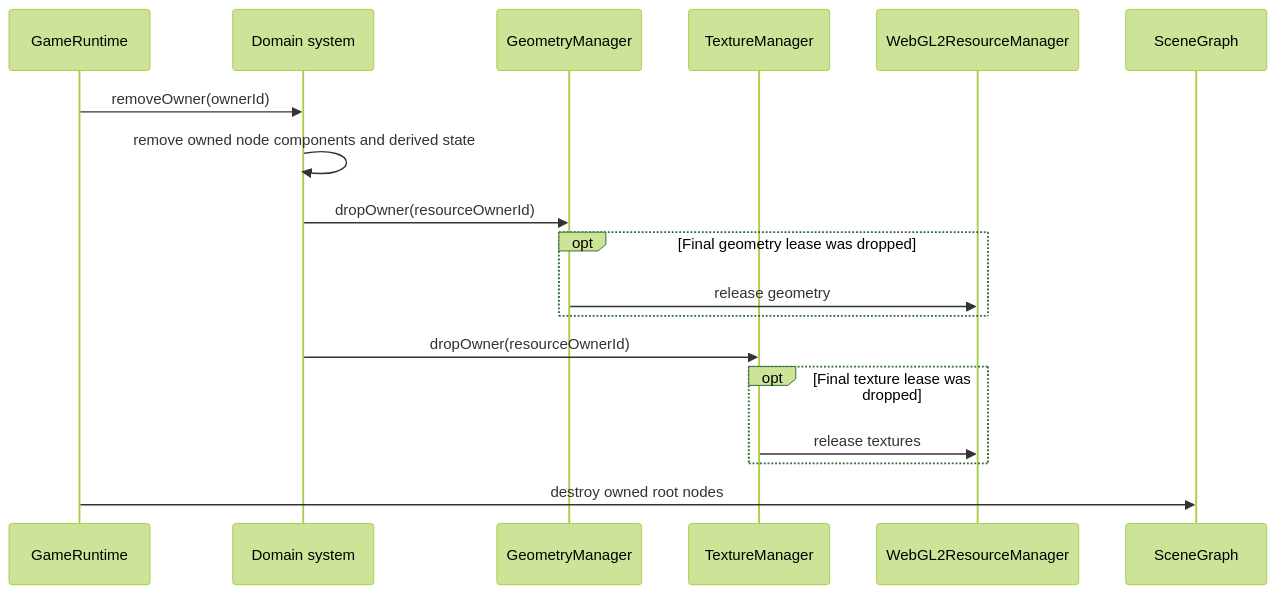
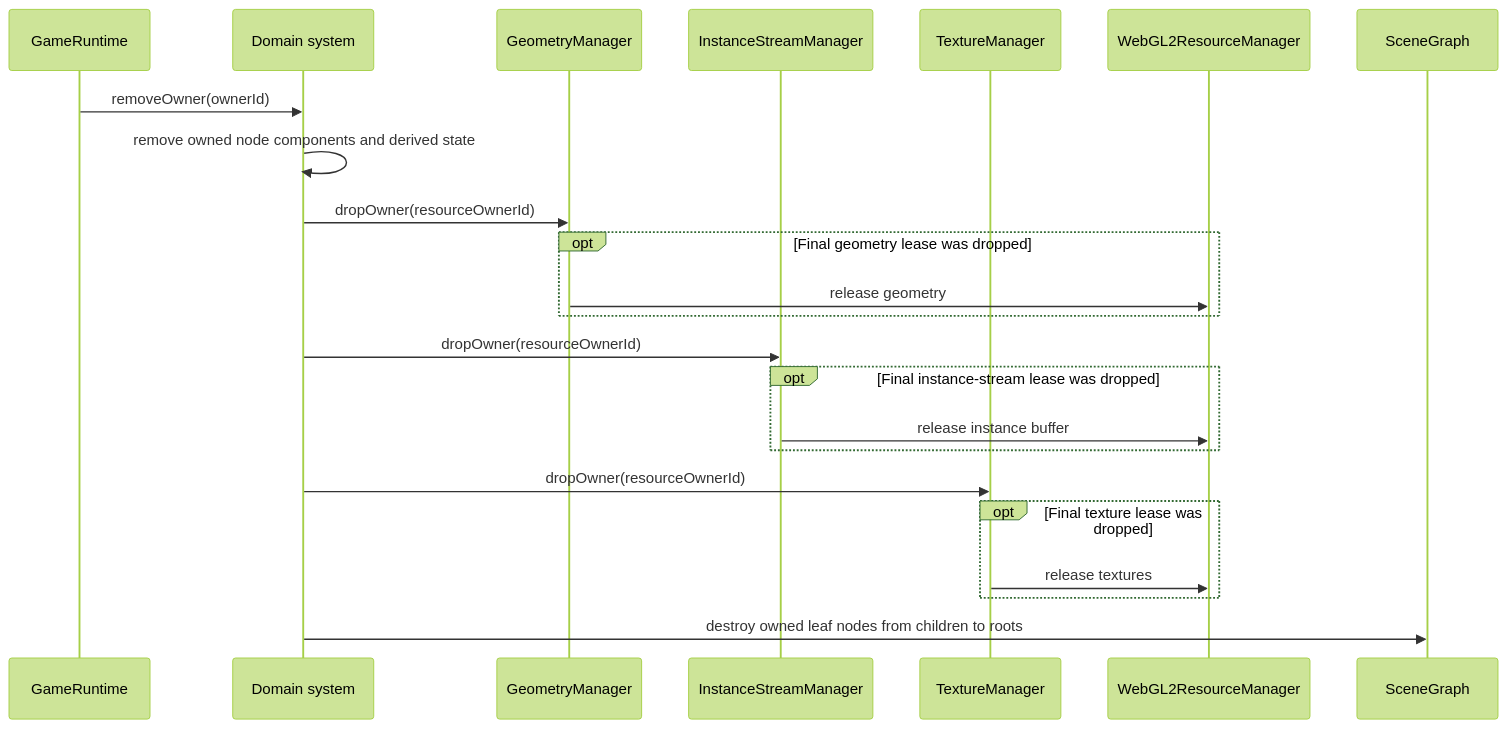
Before and after one commit to merklejerk/holtburger: the eighth of 8 diagrams in docs/plans/holtburger-3d-render-systems-ecs-pivot-scoping.md, drawn with Mermaid (forest theme). The commit also changed other lines of this file, not shown here.

````diff
--- a/docs/plans/holtburger-3d-render-systems-ecs-pivot-scoping.md
+++ b/docs/plans/holtburger-3d-render-systems-ecs-pivot-scoping.md
@@ -370,21 +805,26 @@
 ```mermaid
 sequenceDiagram
     participant Runtime as GameRuntime
     participant System as Domain system
     participant Geometry as GeometryManager
+    participant Instances as InstanceStreamManager
     participant Textures as TextureManager
     participant Backend as WebGL2ResourceManager
     participant Scene as SceneGraph
 
     Runtime->>System: removeOwner(ownerId)
     System->>System: remove owned node components and derived state
     System->>Geometry: dropOwner(resourceOwnerId)
     opt Final geometry lease was dropped
         Geometry->>Backend: release geometry
     end
+    System->>Instances: dropOwner(resourceOwnerId)
+    opt Final instance-stream lease was dropped
+        Instances->>Backend: release instance buffer
+    end
     System->>Textures: dropOwner(resourceOwnerId)
     opt Final texture lease was dropped
         Textures->>Backend: release textures
     end
-    Runtime->>Scene: destroy owned root nodes
+    System->>Scene: destroy owned leaf nodes from children to roots
 ```
````
